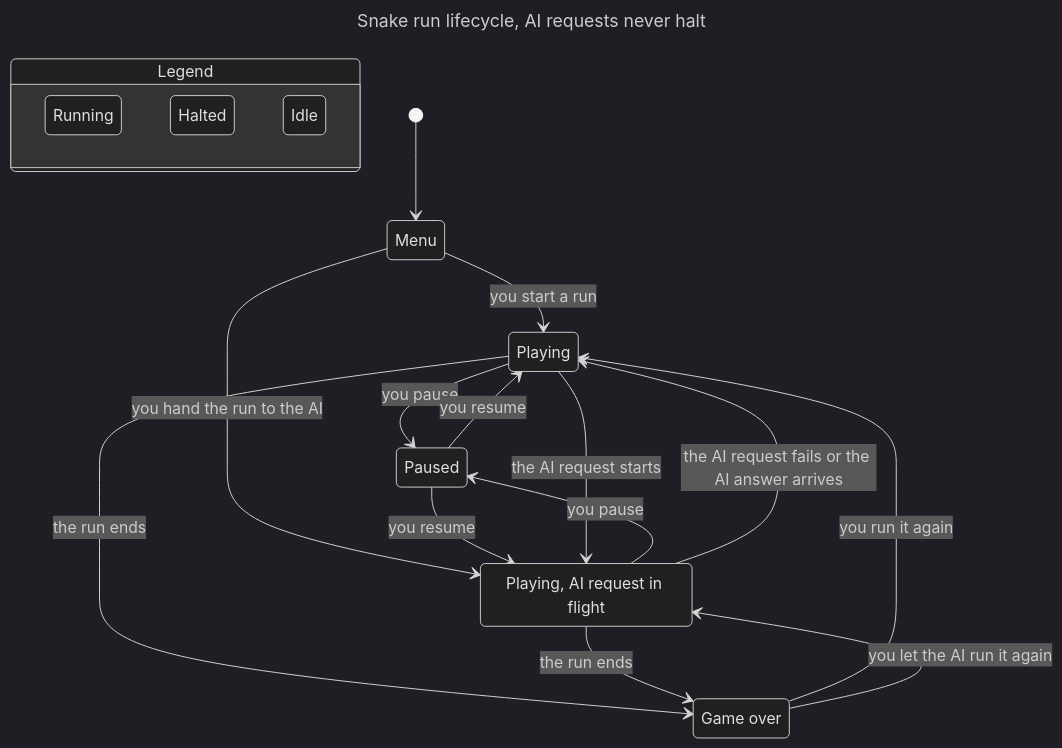
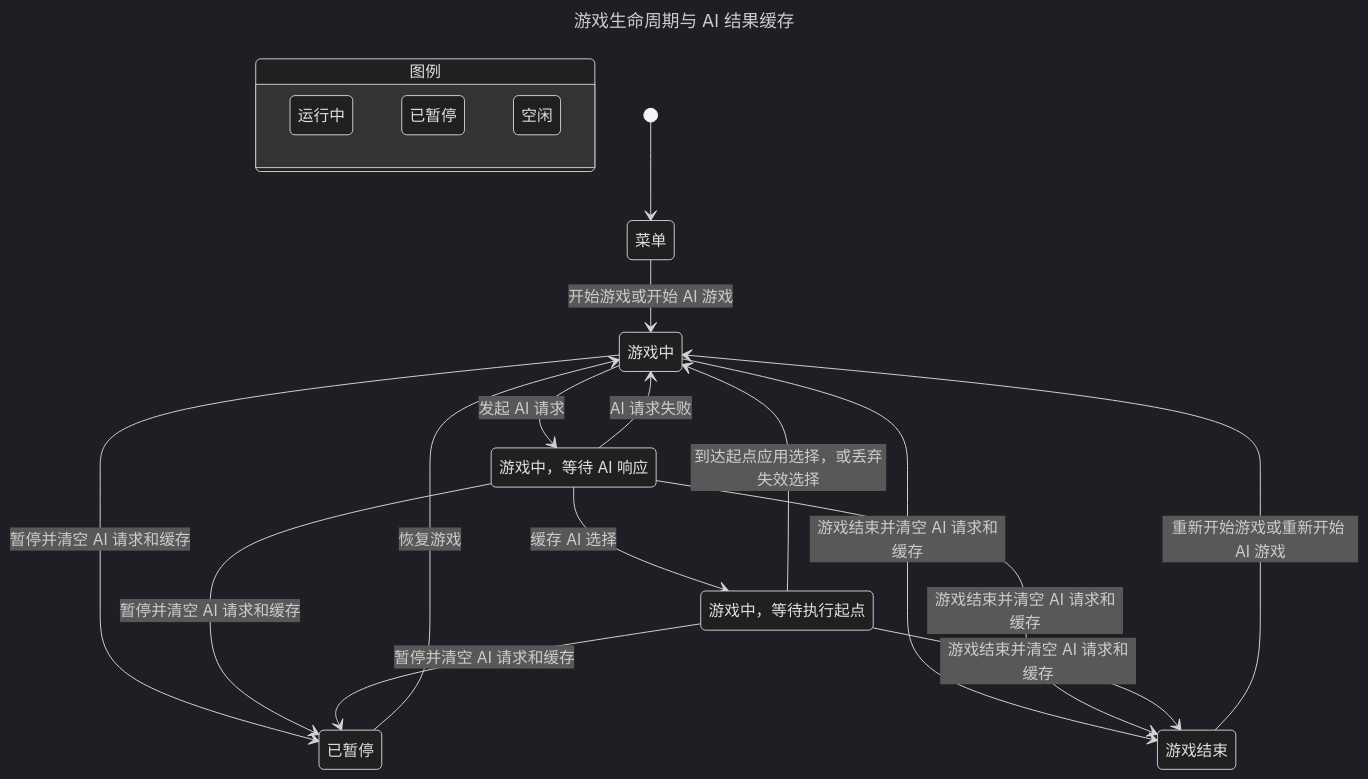
Before and after one commit to YanAndFish/ai-snake: the diagram in spec/SnakeFlow.mmd, drawn with Mermaid (dark theme). The commit also changed 36 other files, not shown here.

```diff
--- a/spec/SnakeFlow.mmd
+++ b/spec/SnakeFlow.mmd
@@ -1,35 +1,38 @@
 ---
-title: "Snake run lifecycle, AI requests never halt"
+title: "游戏生命周期与 AI 结果缓存"
 ---
 stateDiagram-v2
-  state "Legend" as legend {
-    lg0: Running
-    lg1: Halted
-    lg2: Idle
+  state "图例" as legend {
+    lg0: 运行中
+    lg1: 已暂停
+    lg2: 空闲
   }
   class lg0 blue
   class lg1 orange
   class lg2 tan
-  s0: Menu
-  s1: Playing
-  s2: Playing, AI request in flight
-  s3: Paused
-  s4: Game over
+  s0: 菜单
+  s1: 游戏中
+  s2: 游戏中，等待 AI 响应
+  s3: 游戏中，等待执行起点
+  s4: 已暂停
+  s5: 游戏结束
   [*] --> s0
-  s0 --> s1: you start a run
-  s0 --> s2: you hand the run to the AI
-  s1 --> s3: you pause
-  s2 --> s3: you pause
-  s2 --> s1: the AI request fails or the AI answer arrives
-  s3 --> s1: you resume
-  s3 --> s2: you resume
-  s1 --> s2: the AI request starts
-  s1 --> s4: the run ends
-  s2 --> s4: the run ends
-  s4 --> s1: you run it again
-  s4 --> s2: you let the AI run it again
+  s0 --> s1: 开始游戏或开始 AI 游戏
+  s1 --> s4: 暂停并清空 AI 请求和缓存
+  s2 --> s4: 暂停并清空 AI 请求和缓存
+  s3 --> s4: 暂停并清空 AI 请求和缓存
+  s2 --> s1: AI 请求失败
+  s2 --> s3: 缓存 AI 选择
+  s3 --> s1: 到达起点应用选择，或丢弃失效选择
+  s4 --> s1: 恢复游戏
+  s1 --> s2: 发起 AI 请求
+  s1 --> s5: 游戏结束并清空 AI 请求和缓存
+  s2 --> s5: 游戏结束并清空 AI 请求和缓存
+  s3 --> s5: 游戏结束并清空 AI 请求和缓存
+  s5 --> s1: 重新开始游戏或重新开始 AI 游戏
   class s0 tan
   class s1 blue
   class s2 blue
-  class s3 orange
-  class s4 tan
+  class s3 blue
+  class s4 orange
+  class s5 tan
```
